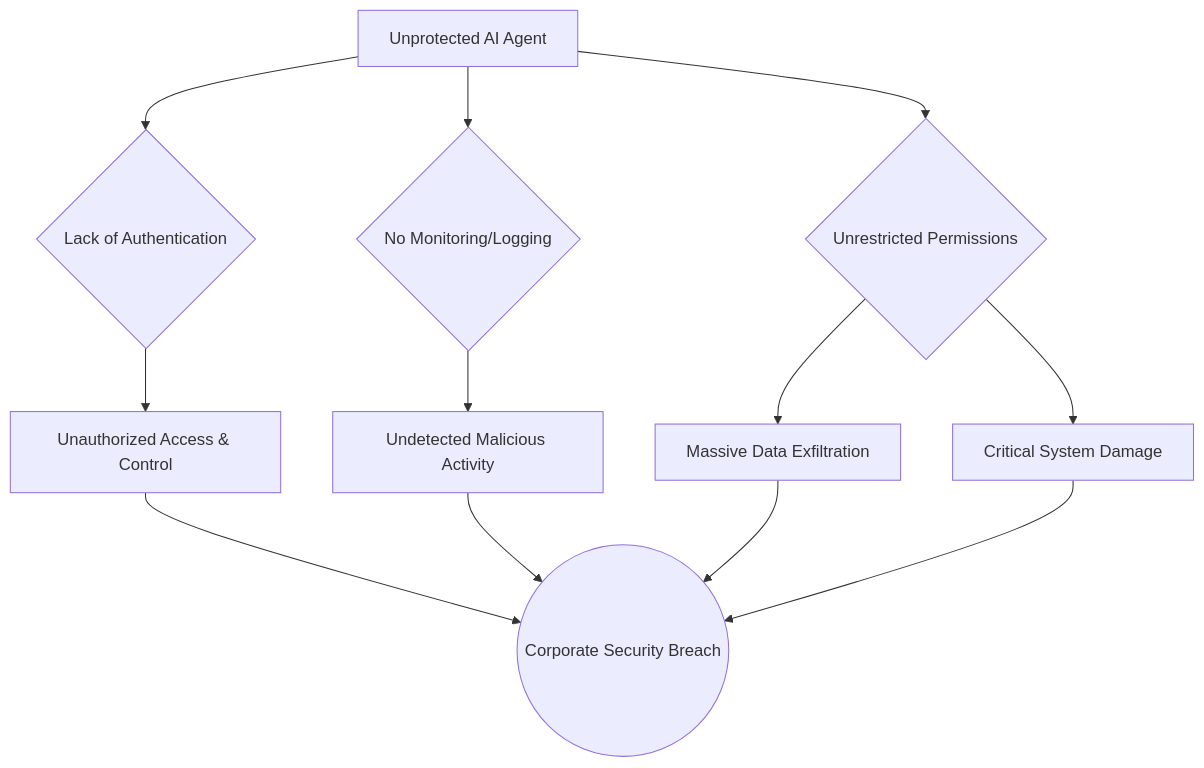
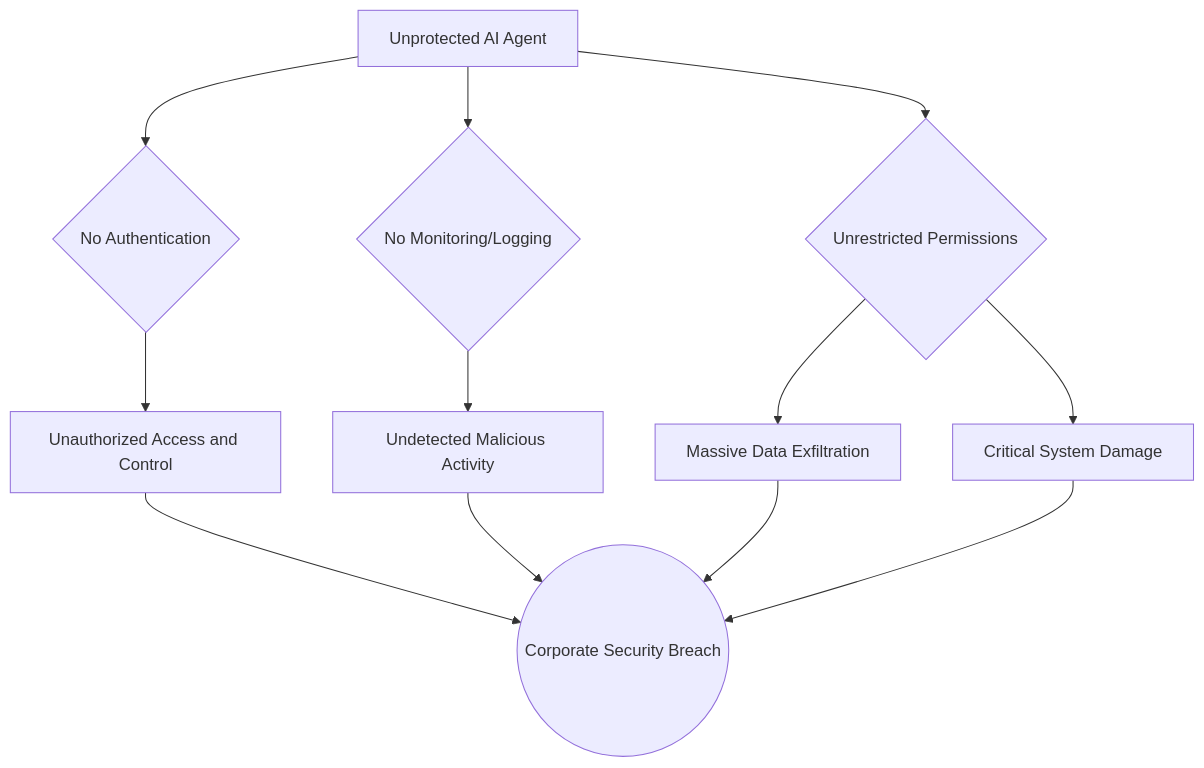
One commit to victorstack-ai/agent-blog changed the first of 2 diagrams in blog/2026-02-19-unprotected-ai-agents-report.md. Above: the diagram before and after it, drawn with Mermaid. The commit also changed other lines of this file and 117 other files, not shown here.

````diff
--- a/blog/2026-02-19-unprotected-ai-agents-report.md
+++ b/blog/2026-02-19-unprotected-ai-agents-report.md
@@ -31,13 +39,14 @@
 ```mermaid
-graph TD
-    A[Unprotected AI Agent] --> B{Lack of Authentication};
-    A --> C{No Monitoring/Logging};
-    A --> D{Unrestricted Permissions};
-
-    B --> E[Unauthorized Access & Control];
-    C --> F[Undetected Malicious Activity];
-    D --> G[Massive Data Exfiltration];
-    D --> H[Critical System Damage];
-
-    E & F & G & H --> I((Corporate Security Breach));
+flowchart TD
+    A[Unprotected AI Agent] --> B{No Authentication}
+    A --> C{No Monitoring/Logging}
+    A --> D{Unrestricted Permissions}
+    B --> E[Unauthorized Access and Control]
+    C --> F[Undetected Malicious Activity]
+    D --> G[Massive Data Exfiltration]
+    D --> H[Critical System Damage]
+    E --> I((Corporate Security Breach))
+    F --> I
+    G --> I
+    H --> I
 ```
````
